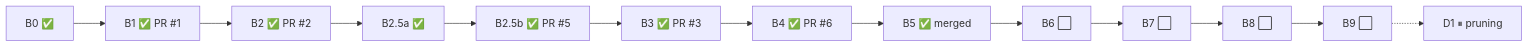
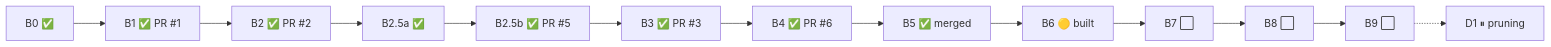
Before and after one commit to bhanot-99/NeuroPACA: the diagram in memory.md, drawn with Mermaid. The commit also changed other lines of this file and 21 other files, not shown here.

First line of the commit message:
feat(L6): implement Default Mode Network and graph housekeeping

````diff
--- a/memory.md
+++ b/memory.md
@@ -15,5 +15,5 @@
 ```mermaid
 flowchart LR
-    B0["B0 ✅"] --> B1["B1 ✅ PR #1"] --> B2["B2 ✅ PR #2"] --> B25a["B2.5a ✅"] --> B25b["B2.5b ✅ PR #5"] --> B3["B3 ✅ PR #3"] --> B4["B4 ✅ PR #6"] --> B5["B5 ✅ merged"] --> B6["B6 ⬜"] --> B7["B7 ⬜"] --> B8["B8 ⬜"] --> B9["B9 ⬜"]
+    B0["B0 ✅"] --> B1["B1 ✅ PR #1"] --> B2["B2 ✅ PR #2"] --> B25a["B2.5a ✅"] --> B25b["B2.5b ✅ PR #5"] --> B3["B3 ✅ PR #3"] --> B4["B4 ✅ PR #6"] --> B5["B5 ✅ merged"] --> B6["B6 🟡 built"] --> B7["B7 ⬜"] --> B8["B8 ⬜"] --> B9["B9 ⬜"]
     B9 -.-> D1["D1 ⏸ pruning"]
 ```
````
